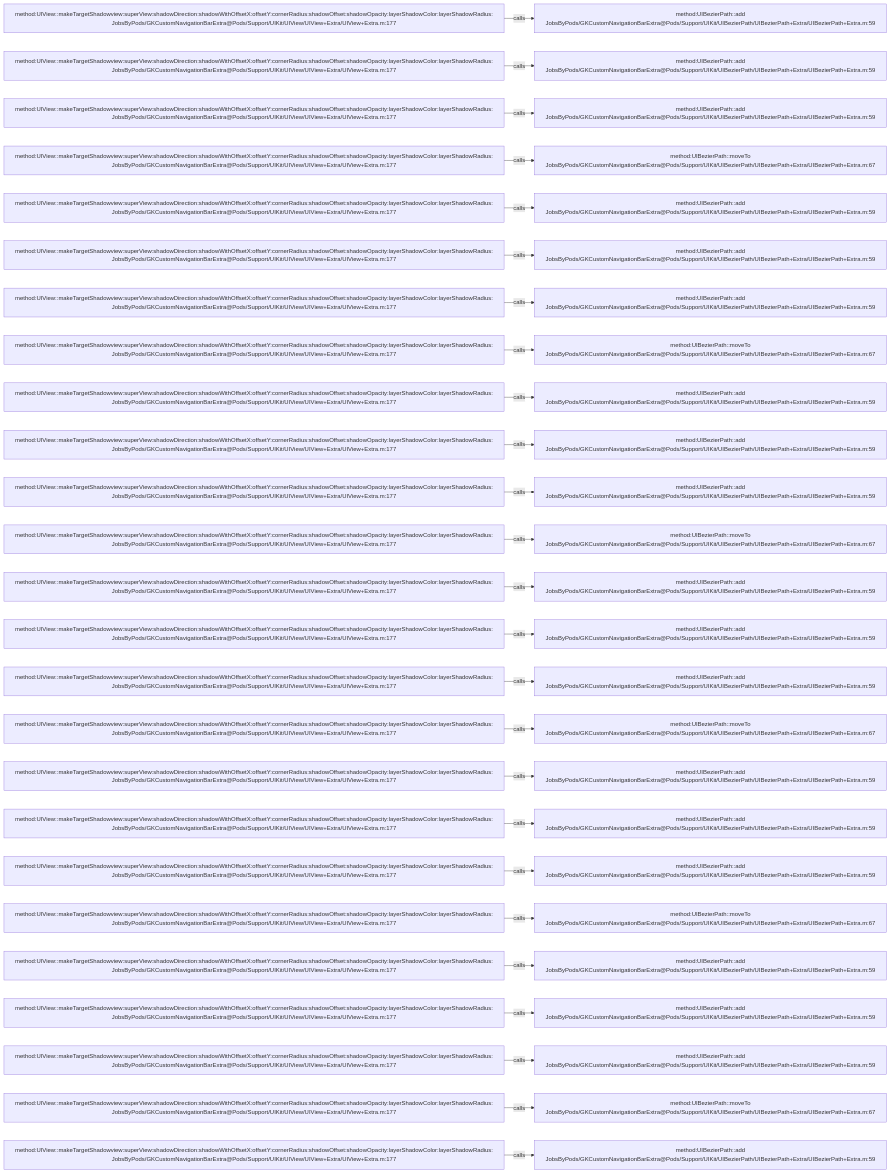
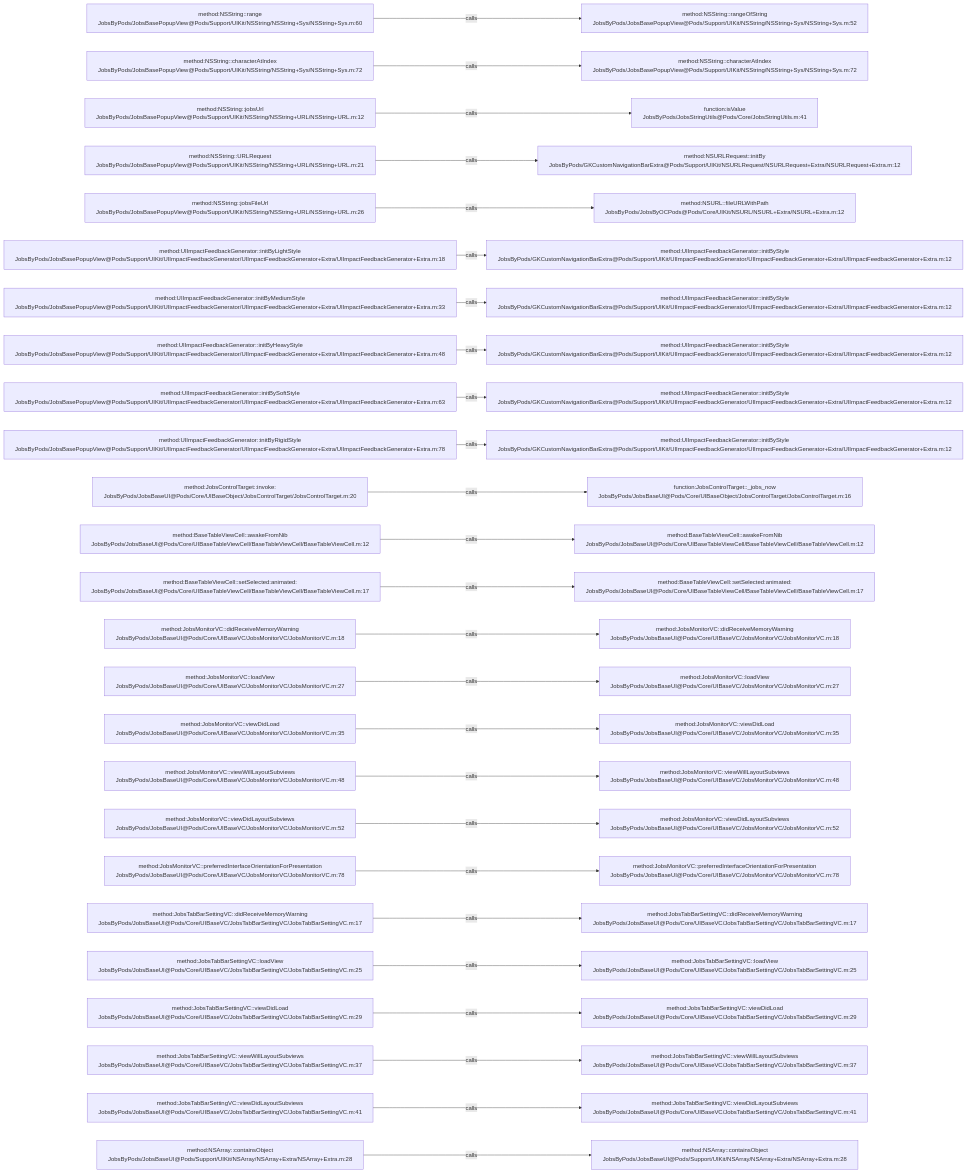
Before and after one commit to JobsKits/JobsOCBaseConfigDemo: the diagram in .codegraph/codegraph.md/graphs/calls-003.md, drawn with Mermaid. The commit also changed 2162 other files, not shown here.

````diff
--- a/.codegraph/codegraph.md/graphs/calls-003.md
+++ b/.codegraph/codegraph.md/graphs/calls-003.md
@@ -13,78 +13,78 @@
 ```mermaid
 flowchart LR
-  S1["method:UIView::makeTargetShadowview:superView:shadowDirection:shadowWithOffsetX:offsetY:cornerRadius:shadowOffset:shadowOpacity:layerShadowColor:layerShadowRadius:<br/>JobsByPods/GKCustomNavigationBarExtra@Pods/Support/UIKit/UIView/UIView+Extra/UIView+Extra.m:177"]
-  T1["method:UIBezierPath::add<br/>JobsByPods/GKCustomNavigationBarExtra@Pods/Support/UIKit/UIBezierPath/UIBezierPath+Extra/UIBezierPath+Extra.m:59"]
+  S1["method:NSString::range<br/>JobsByPods/JobsBasePopupView@Pods/Support/UIKit/NSString/NSString+Sys/NSString+Sys.m:60"]
+  T1["method:NSString::rangeOfString<br/>JobsByPods/JobsBasePopupView@Pods/Support/UIKit/NSString/NSString+Sys/NSString+Sys.m:52"]
   S1 -->|calls| T1
-  S2["method:UIView::makeTargetShadowview:superView:shadowDirection:shadowWithOffsetX:offsetY:cornerRadius:shadowOffset:shadowOpacity:layerShadowColor:layerShadowRadius:<br/>JobsByPods/GKCustomNavigationBarExtra@Pods/Support/UIKit/UIView/UIView+Extra/UIView+Extra.m:177"]
-  T2["method:UIBezierPath::add<br/>JobsByPods/GKCustomNavigationBarExtra@Pods/Support/UIKit/UIBezierPath/UIBezierPath+Extra/UIBezierPath+Extra.m:59"]
+  S2["method:NSString::characterAtIndex<br/>JobsByPods/JobsBasePopupView@Pods/Support/UIKit/NSString/NSString+Sys/NSString+Sys.m:72"]
+  T2["method:NSString::characterAtIndex<br/>JobsByPods/JobsBasePopupView@Pods/Support/UIKit/NSString/NSString+Sys/NSString+Sys.m:72"]
   S2 -->|calls| T2
-  S3["method:UIView::makeTargetShadowview:superView:shadowDirection:shadowWithOffsetX:offsetY:cornerRadius:shadowOffset:shadowOpacity:layerShadowColor:layerShadowRadius:<br/>JobsByPods/GKCustomNavigationBarExtra@Pods/Support/UIKit/UIView/UIView+Extra/UIView+Extra.m:177"]
-  T3["method:UIBezierPath::add<br/>JobsByPods/GKCustomNavigationBarExtra@Pods/Support/UIKit/UIBezierPath/UIBezierPath+Extra/UIBezierPath+Extra.m:59"]
+  S3["method:NSString::jobsUrl<br/>JobsByPods/JobsBasePopupView@Pods/Support/UIKit/NSString/NSString+URL/NSString+URL.m:12"]
+  T3["function:isValue<br/>JobsByPods/JobsStringUtils@Pods/Core/JobsStringUtils.m:41"]
   S3 -->|calls| T3
-  S4["method:UIView::makeTargetShadowview:superView:shadowDirection:shadowWithOffsetX:offsetY:cornerRadius:shadowOffset:shadowOpacity:layerShadowColor:layerShadowRadius:<br/>JobsByPods/GKCustomNavigationBarExtra@Pods/Support/UIKit/UIView/UIView+Extra/UIView+Extra.m:177"]
-  T4["method:UIBezierPath::moveTo<br/>JobsByPods/GKCustomNavigationBarExtra@Pods/Support/UIKit/UIBezierPath/UIBezierPath+Extra/UIBezierPath+Extra.m:67"]
+  S4["method:NSString::URLRequest<br/>JobsByPods/JobsBasePopupView@Pods/Support/UIKit/NSString/NSString+URL/NSString+URL.m:21"]
+  T4["method:NSURLRequest::initBy<br/>JobsByPods/GKCustomNavigationBarExtra@Pods/Support/UIKit/NSURLRequest/NSURLRequest+Extra/NSURLRequest+Extra.m:12"]
   S4 -->|calls| T4
-  S5["method:UIView::makeTargetShadowview:superView:shadowDirection:shadowWithOffsetX:offsetY:cornerRadius:shadowOffset:shadowOpacity:layerShadowColor:layerShadowRadius:<br/>JobsByPods/GKCustomNavigationBarExtra@Pods/Support/UIKit/UIView/UIView+Extra/UIView+Extra.m:177"]
-  T5["method:UIBezierPath::add<br/>JobsByPods/GKCustomNavigationBarExtra@Pods/Support/UIKit/UIBezierPath/UIBezierPath+Extra/UIBezierPath+Extra.m:59"]
+  S5["method:NSString::jobsFileUrl<br/>JobsByPods/JobsBasePopupView@Pods/Support/UIKit/NSString/NSString+URL/NSString+URL.m:26"]
+  T5["method:NSURL::fileURLWithPath<br/>JobsByPods/JobsByOCPods@Pods/Core/UIKit/NSURL/NSURL+Extra/NSURL+Extra.m:12"]
   S5 -->|calls| T5
-  S6["method:UIView::makeTargetShadowview:superView:shadowDirection:shadowWithOffsetX:offsetY:cornerRadius:shadowOffset:shadowOpacity:layerShadowColor:layerShadowRadius:<br/>JobsByPods/GKCustomNavigationBarExtra@Pods/Support/UIKit/UIView/UIView+Extra/UIView+Extra.m:177"]
-  T6["method:UIBezierPath::add<br/>JobsByPods/GKCustomNavigationBarExtra@Pods/Support/UIKit/UIBezierPath/UIBezierPath+Extra/UIBezierPath+Extra.m:59"]
+  S6["method:UIImpactFeedbackGenerator::initByLightStyle<br/>JobsByPods/JobsBasePopupView@Pods/Support/UIKit/UIImpactFeedbackGenerator/UIImpactFeedbackGenerator+Extra/UIImpactFeedbackGenerator+Extra.m:18"]
+  T6["method:UIImpactFeedbackGenerator::initByStyle<br/>JobsByPods/GKCustomNavigationBarExtra@Pods/Support/UIKit/UIImpactFeedbackGenerator/UIImpactFeedbackGenerator+Extra/UIImpactFeedbackGenerator+Extra.m:12"]
   S6 -->|calls| T6
-  S7["method:UIView::makeTargetShadowview:superView:shadowDirection:shadowWithOffsetX:offsetY:cornerRadius:shadowOffset:shadowOpacity:layerShadowColor:layerShadowRadius:<br/>JobsByPods/GKCustomNavigationBarExtra@Pods/Support/UIKit/UIView/UIView+Extra/UIView+Extra.m:177"]
-  T7["method:UIBezierPath::add<br/>JobsByPods/GKCustomNavigationBarExtra@Pods/Support/UIKit/UIBezierPath/UIBezierPath+Extra/UIBezierPath+Extra.m:59"]
+  S7["method:UIImpactFeedbackGenerator::initByMediumStyle<br/>JobsByPods/JobsBasePopupView@Pods/Support/UIKit/UIImpactFeedbackGenerator/UIImpactFeedbackGenerator+Extra/UIImpactFeedbackGenerator+Extra.m:33"]
+  T7["method:UIImpactFeedbackGenerator::initByStyle<br/>JobsByPods/GKCustomNavigationBarExtra@Pods/Support/UIKit/UIImpactFeedbackGenerator/UIImpactFeedbackGenerator+Extra/UIImpactFeedbackGenerator+Extra.m:12"]
   S7 -->|calls| T7
-  S8["method:UIView::makeTargetShadowview:superView:shadowDirection:shadowWithOffsetX:offsetY:cornerRadius:shadowOffset:shadowOpacity:layerShadowColor:layerShadowRadius:<br/>JobsByPods/GKCustomNavigationBarExtra@Pods/Support/UIKit/UIView/UIView+Extra/UIView+Extra.m:177"]
-  T8["method:UIBezierPath::moveTo<br/>JobsByPods/GKCustomNavigationBarExtra@Pods/Support/UIKit/UIBezierPath/UIBezierPath+Extra/UIBezierPath+Extra.m:67"]
+  S8["method:UIImpactFeedbackGenerator::initByHeavyStyle<br/>JobsByPods/JobsBasePopupView@Pods/Support/UIKit/UIImpactFeedbackGenerator/UIImpactFeedbackGenerator+Extra/UIImpactFeedbackGenerator+Extra.m:48"]
+  T8["method:UIImpactFeedbackGenerator::initByStyle<br/>JobsByPods/GKCustomNavigationBarExtra@Pods/Support/UIKit/UIImpactFeedbackGenerator/UIImpactFeedbackGenerator+Extra/UIImpactFeedbackGenerator+Extra.m:12"]
   S8 -->|calls| T8
-  S9["method:UIView::makeTargetShadowview:superView:shadowDirection:shadowWithOffsetX:offsetY:cornerRadius:shadowOffset:shadowOpacity:layerShadowColor:layerShadowRadius:<br/>JobsByPods/GKCustomNavigationBarExtra@Pods/Support/UIKit/UIView/UIView+Extra/UIView+Extra.m:177"]
-  T9["method:UIBezierPath::add<br/>JobsByPods/GKCustomNavigationBarExtra@Pods/Support/UIKit/UIBezierPath/UIBezierPath+Extra/UIBezierPath+Extra.m:59"]
+  S9["method:UIImpactFeedbackGenerator::initBySoftStyle<br/>JobsByPods/JobsBasePopupView@Pods/Support/UIKit/UIImpactFeedbackGenerator/UIImpactFeedbackGenerator+Extra/UIImpactFeedbackGenerator+Extra.m:63"]
+  T9["method:UIImpactFeedbackGenerator::initByStyle<br/>JobsByPods/GKCustomNavigationBarExtra@Pods/Support/UIKit/UIImpactFeedbackGenerator/UIImpactFeedbackGenerator+Extra/UIImpactFeedbackGenerator+Extra.m:12"]
   S9 -->|calls| T9
-  S10["method:UIView::makeTargetShadowview:superView:shadowDirection:shadowWithOffsetX:offsetY:cornerRadius:shadowOffset:shadowOpacity:layerShadowColor:layerShadowRadius:<br/>JobsByPods/GKCustomNavigationBarExtra@Pods/Support/UIKit/UIView/UIView+Extra/UIView+Extra.m:177"]
-  T10["method:UIBezierPath::add<br/>JobsByPods/GKCustomNavigationBarExtra@Pods/Support/UIKit/UIBezierPath/UIBezierPath+Extra/UIBezierPath+Extra.m:59"]
+  S10["method:UIImpactFeedbackGenerator::initByRigidStyle<br/>JobsByPods/JobsBasePopupView@Pods/Support/UIKit/UIImpactFeedbackGenerator/UIImpactFeedbackGenerator+Extra/UIImpactFeedbackGenerator+Extra.m:78"]
+  T10["method:UIImpactFeedbackGenerator::initByStyle<br/>JobsByPods/GKCustomNavigationBarExtra@Pods/Support/UIKit/UIImpactFeedbackGenerator/UIImpactFeedbackGenerator+Extra/UIImpactFeedbackGenerator+Extra.m:12"]
   S10 -->|calls| T10
-  S11["method:UIView::makeTargetShadowview:superView:shadowDirection:shadowWithOffsetX:offsetY:cornerRadius:shadowOffset:shadowOpacity:layerShadowColor:layerShadowRadius:<br/>JobsByPods/GKCustomNavigationBarExtra@Pods/Support/UIKit/UIView/UIView+Extra/UIView+Extra.m:177"]
-  T11["method:UIBezierPath::add<br/>JobsByPods/GKCustomNavigationBarExtra@Pods/Support/UIKit/UIBezierPath/UIBezierPath+Extra/UIBezierPath+Extra.m:59"]
+  S11["method:JobsControlTarget::invoke:<br/>JobsByPods/JobsBaseUI@Pods/Core/UIBaseObject/JobsControlTarget/JobsControlTarget.m:20"]
+  T11["function:JobsControlTarget::_jobs_now<br/>JobsByPods/JobsBaseUI@Pods/Core/UIBaseObject/JobsControlTarget/JobsControlTarget.m:16"]
   S11 -->|calls| T11
-  S12["method:UIView::makeTargetShadowview:superView:shadowDirection:shadowWithOffsetX:offsetY:cornerRadius:shadowOffset:shadowOpacity:layerShadowColor:layerShadowRadius:<br/>JobsByPods/GKCustomNavigationBarExtra@Pods/Support/UIKit/UIView/UIView+Extra/UIView+Extra.m:177"]
-  T12["method:UIBezierPath::moveTo<br/>JobsByPods/GKCustomNavigationBarExtra@Pods/Support/UIKit/UIBezierPath/UIBezierPath+Extra/UIBezierPath+Extra.m:67"]
+  S12["method:BaseTableViewCell::awakeFromNib<br/>JobsByPods/JobsBaseUI@Pods/Core/UIBaseTableViewCell/BaseTableViewCell/BaseTableViewCell.m:12"]
+  T12["method:BaseTableViewCell::awakeFromNib<br/>JobsByPods/JobsBaseUI@Pods/Core/UIBaseTableViewCell/BaseTableViewCell/BaseTableViewCell.m:12"]
   S12 -->|calls| T12
-  S13["method:UIView::makeTargetShadowview:superView:shadowDirection:shadowWithOffsetX:offsetY:cornerRadius:shadowOffset:shadowOpacity:layerShadowColor:layerShadowRadius:<br/>JobsByPods/GKCustomNavigationBarExtra@Pods/Support/UIKit/UIView/UIView+Extra/UIView+Extra.m:177"]
-  T13["method:UIBezierPath::add<br/>JobsByPods/GKCustomNavigationBarExtra@Pods/Support/UIKit/UIBezierPath/UIBezierPath+Extra/UIBezierPath+Extra.m:59"]
+  S13["method:BaseTableViewCell::setSelected:animated:<br/>JobsByPods/JobsBaseUI@Pods/Core/UIBaseTableViewCell/BaseTableViewCell/BaseTableViewCell.m:17"]
+  T13["method:BaseTableViewCell::setSelected:animated:<br/>JobsByPods/JobsBaseUI@Pods/Core/UIBaseTableViewCell/BaseTableViewCell/BaseTableViewCell.m:17"]
   S13 -->|calls| T13
-  S14["method:UIView::makeTargetShadowview:superView:shadowDirection:shadowWithOffsetX:offsetY:cornerRadius:shadowOffset:shadowOpacity:layerShadowColor:layerShadowRadius:<br/>JobsByPods/GKCustomNavigationBarExtra@Pods/Support/UIKit/UIView/UIView+Extra/UIView+Extra.m:177"]
-  T14["method:UIBezierPath::add<br/>JobsByPods/GKCustomNavigationBarExtra@Pods/Support/UIKit/UIBezierPath/UIBezierPath+Extra/UIBezierPath+Extra.m:59"]
+  S14["method:JobsMonitorVC::didReceiveMemoryWarning<br/>JobsByPods/JobsBaseUI@Pods/Core/UIBaseVC/JobsMonitorVC/JobsMonitorVC.m:18"]
+  T14["method:JobsMonitorVC::didReceiveMemoryWarning<br/>JobsByPods/JobsBaseUI@Pods/Core/UIBaseVC/JobsMonitorVC/JobsMonitorVC.m:18"]
   S14 -->|calls| T14
-  S15["method:UIView::makeTargetShadowview:superView:shadowDirection:shadowWithOffsetX:offsetY:cornerRadius:shadowOffset:shadowOpacity:layerShadowColor:layerShadowRadius:<br/>JobsByPods/GKCustomNavigationBarExtra@Pods/Support/UIKit/UIView/UIView+Extra/UIView+Extra.m:177"]
-  T15["method:UIBezierPath::add<br/>JobsByPods/GKCustomNavigationBarExtra@Pods/Support/UIKit/UIBezierPath/UIBezierPath+Extra/UIBezierPath+Extra.m:59"]
+  S15["method:JobsMonitorVC::loadView<br/>JobsByPods/JobsBaseUI@Pods/Core/UIBaseVC/JobsMonitorVC/JobsMonitorVC.m:27"]
+  T15["method:JobsMonitorVC::loadView<br/>JobsByPods/JobsBaseUI@Pods/Core/UIBaseVC/JobsMonitorVC/JobsMonitorVC.m:27"]
   S15 -->|calls| T15
-  S16["method:UIView::makeTargetShadowview:superView:shadowDirection:shadowWithOffsetX:offsetY:cornerRadius:shadowOffset:shadowOpacity:layerShadowColor:layerShadowRadius:<br/>JobsByPods/GKCustomNavigationBarExtra@Pods/Support/UIKit/UIView/UIView+Extra/UIView+Extra.m:177"]
-  T16["method:UIBezierPath::moveTo<br/>JobsByPods/GKCustomNavigationBarExtra@Pods/Support/UIKit/UIBezierPath/UIBezierPath+Extra/UIBezierPath+Extra.m:67"]
+  S16["method:JobsMonitorVC::viewDidLoad<br/>JobsByPods/JobsBaseUI@Pods/Core/UIBaseVC/JobsMonitorVC/JobsMonitorVC.m:35"]
+  T16["method:JobsMonitorVC::viewDidLoad<br/>JobsByPods/JobsBaseUI@Pods/Core/UIBaseVC/JobsMonitorVC/JobsMonitorVC.m:35"]
   S16 -->|calls| T16
-  S17["method:UIView::makeTargetShadowview:superView:shadowDirection:shadowWithOffsetX:offsetY:cornerRadius:shadowOffset:shadowOpacity:layerShadowColor:layerShadowRadius:<br/>JobsByPods/GKCustomNavigationBarExtra@Pods/Support/UIKit/UIView/UIView+Extra/UIView+Extra.m:177"]
-  T17["method:UIBezierPath::add<br/>JobsByPods/GKCustomNavigationBarExtra@Pods/Support/UIKit/UIBezierPath/UIBezierPath+Extra/UIBezierPath+Extra.m:59"]
+  S17["method:JobsMonitorVC::viewWillLayoutSubviews<br/>JobsByPods/JobsBaseUI@Pods/Core/UIBaseVC/JobsMonitorVC/JobsMonitorVC.m:48"]
+  T17["method:JobsMonitorVC::viewWillLayoutSubviews<br/>JobsByPods/JobsBaseUI@Pods/Core/UIBaseVC/JobsMonitorVC/JobsMonitorVC.m:48"]
   S17 -->|calls| T17
-  S18["method:UIView::makeTargetShadowview:superView:shadowDirection:shadowWithOffsetX:offsetY:cornerRadius:shadowOffset:shadowOpacity:layerShadowColor:layerShadowRadius:<br/>JobsByPods/GKCustomNavigationBarExtra@Pods/Support/UIKit/UIView/UIView+Extra/UIView+Extra.m:177"]
-  T18["method:UIBezierPath::add<br/>JobsByPods/GKCustomNavigationBarExtra@Pods/Support/UIKit/UIBezierPath/UIBezierPath+Extra/UIBezierPath+Extra.m:59"]
+  S18["method:JobsMonitorVC::viewDidLayoutSubviews<br/>JobsByPods/JobsBaseUI@Pods/Core/UIBaseVC/JobsMonitorVC/JobsMonitorVC.m:52"]
+  T18["method:JobsMonitorVC::viewDidLayoutSubviews<br/>JobsByPods/JobsBaseUI@Pods/Core/UIBaseVC/JobsMonitorVC/JobsMonitorVC.m:52"]
   S18 -->|calls| T18
-  S19["method:UIView::makeTargetShadowview:superView:shadowDirection:shadowWithOffsetX:offsetY:cornerRadius:shadowOffset:shadowOpacity:layerShadowColor:layerShadowRadius:<br/>JobsByPods/GKCustomNavigationBarExtra@Pods/Support/UIKit/UIView/UIView+Extra/UIView+Extra.m:177"]
-  T19["method:UIBezierPath::add<br/>JobsByPods/GKCustomNavigationBarExtra@Pods/Support/UIKit/UIBezierPath/UIBezierPath+Extra/UIBezierPath+Extra.m:59"]
+  S19["method:JobsMonitorVC::preferredInterfaceOrientationForPresentation<br/>JobsByPods/JobsBaseUI@Pods/Core/UIBaseVC/JobsMonitorVC/JobsMonitorVC.m:78"]
+  T19["method:JobsMonitorVC::preferredInterfaceOrientationForPresentation<br/>JobsByPods/JobsBaseUI@Pods/Core/UIBaseVC/JobsMonitorVC/JobsMonitorVC.m:78"]
   S19 -->|calls| T19
-  S20["method:UIView::makeTargetShadowview:superView:shadowDirection:shadowWithOffsetX:offsetY:cornerRadius:shadowOffset:shadowOpacity:layerShadowColor:layerShadowRadius:<br/>JobsByPods/GKCustomNavigationBarExtra@Pods/Support/UIKit/UIView/UIView+Extra/UIView+Extra.m:177"]
-  T20["method:UIBezierPath::moveTo<br/>JobsByPods/GKCustomNavigationBarExtra@Pods/Support/UIKit/UIBezierPath/UIBezierPath+Extra/UIBezierPath+Extra.m:67"]
+  S20["method:JobsTabBarSettingVC::didReceiveMemoryWarning<br/>JobsByPods/JobsBaseUI@Pods/Core/UIBaseVC/JobsTabBarSettingVC/JobsTabBarSettingVC.m:17"]
+  T20["method:JobsTabBarSettingVC::didReceiveMemoryWarning<br/>JobsByPods/JobsBaseUI@Pods/Core/UIBaseVC/JobsTabBarSettingVC/JobsTabBarSettingVC.m:17"]
   S20 -->|calls| T20
-  S21["method:UIView::makeTargetShadowview:superView:shadowDirection:shadowWithOffsetX:offsetY:cornerRadius:shadowOffset:shadowOpacity:layerShadowColor:layerShadowRadius:<br/>JobsByPods/GKCustomNavigationBarExtra@Pods/Support/UIKit/UIView/UIView+Extra/UIView+Extra.m:177"]
-  T21["method:UIBezierPath::add<br/>JobsByPods/GKCustomNavigationBarExtra@Pods/Support/UIKit/UIBezierPath/UIBezierPath+Extra/UIBezierPath+Extra.m:59"]
+  S21["method:JobsTabBarSettingVC::loadView<br/>JobsByPods/JobsBaseUI@Pods/Core/UIBaseVC/JobsTabBarSettingVC/JobsTabBarSettingVC.m:25"]
+  T21["method:JobsTabBarSettingVC::loadView<br/>JobsByPods/JobsBaseUI@Pods/Core/UIBaseVC/JobsTabBarSettingVC/JobsTabBarSettingVC.m:25"]
   S21 -->|calls| T21
-  S22["method:UIView::makeTargetShadowview:superView:shadowDirection:shadowWithOffsetX:offsetY:cornerRadius:shadowOffset:shadowOpacity:layerShadowColor:layerShadowRadius:<br/>JobsByPods/GKCustomNavigationBarExtra@Pods/Support/UIKit/UIView/UIView+Extra/UIView+Extra.m:177"]
-  T22["method:UIBezierPath::add<br/>JobsByPods/GKCustomNavigationBarExtra@Pods/Support/UIKit/UIBezierPath/UIBezierPath+Extra/UIBezierPath+Extra.m:59"]
+  S22["method:JobsTabBarSettingVC::viewDidLoad<br/>JobsByPods/JobsBaseUI@Pods/Core/UIBaseVC/JobsTabBarSettingVC/JobsTabBarSettingVC.m:29"]
+  T22["method:JobsTabBarSettingVC::viewDidLoad<br/>JobsByPods/JobsBaseUI@Pods/Core/UIBaseVC/JobsTabBarSettingVC/JobsTabBarSettingVC.m:29"]
   S22 -->|calls| T22
-  S23["method:UIView::makeTargetShadowview:superView:shadowDirection:shadowWithOffsetX:offsetY:cornerRadius:shadowOffset:shadowOpacity:layerShadowColor:layerShadowRadius:<br/>JobsByPods/GKCustomNavigationBarExtra@Pods/Support/UIKit/UIView/UIView+Extra/UIView+Extra.m:177"]
-  T23["method:UIBezierPath::add<br/>JobsByPods/GKCustomNavigationBarExtra@Pods/Support/UIKit/UIBezierPath/UIBezierPath+Extra/UIBezierPath+Extra.m:59"]
+  S23["method:JobsTabBarSettingVC::viewWillLayoutSubviews<br/>JobsByPods/JobsBaseUI@Pods/Core/UIBaseVC/JobsTabBarSettingVC/JobsTabBarSettingVC.m:37"]
+  T23["method:JobsTabBarSettingVC::viewWillLayoutSubviews<br/>JobsByPods/JobsBaseUI@Pods/Core/UIBaseVC/JobsTabBarSettingVC/JobsTabBarSettingVC.m:37"]
   S23 -->|calls| T23
-  S24["method:UIView::makeTargetShadowview:superView:shadowDirection:shadowWithOffsetX:offsetY:cornerRadius:shadowOffset:shadowOpacity:layerShadowColor:layerShadowRadius:<br/>JobsByPods/GKCustomNavigationBarExtra@Pods/Support/UIKit/UIView/UIView+Extra/UIView+Extra.m:177"]
-  T24["method:UIBezierPath::moveTo<br/>JobsByPods/GKCustomNavigationBarExtra@Pods/Support/UIKit/UIBezierPath/UIBezierPath+Extra/UIBezierPath+Extra.m:67"]
+  S24["method:JobsTabBarSettingVC::viewDidLayoutSubviews<br/>JobsByPods/JobsBaseUI@Pods/Core/UIBaseVC/JobsTabBarSettingVC/JobsTabBarSettingVC.m:41"]
+  T24["method:JobsTabBarSettingVC::viewDidLayoutSubviews<br/>JobsByPods/JobsBaseUI@Pods/Core/UIBaseVC/JobsTabBarSettingVC/JobsTabBarSettingVC.m:41"]
   S24 -->|calls| T24
-  S25["method:UIView::makeTargetShadowview:superView:shadowDirection:shadowWithOffsetX:offsetY:cornerRadius:shadowOffset:shadowOpacity:layerShadowColor:layerShadowRadius:<br/>JobsByPods/GKCustomNavigationBarExtra@Pods/Support/UIKit/UIView/UIView+Extra/UIView+Extra.m:177"]
-  T25["method:UIBezierPath::add<br/>JobsByPods/GKCustomNavigationBarExtra@Pods/Support/UIKit/UIBezierPath/UIBezierPath+Extra/UIBezierPath+Extra.m:59"]
+  S25["method:NSArray::containsObject<br/>JobsByPods/JobsBaseUI@Pods/Support/UIKit/NSArray/NSArray+Extra/NSArray+Extra.m:28"]
+  T25["method:NSArray::containsObject<br/>JobsByPods/JobsBaseUI@Pods/Support/UIKit/NSArray/NSArray+Extra/NSArray+Extra.m:28"]
   S25 -->|calls| T25
 ```
````
